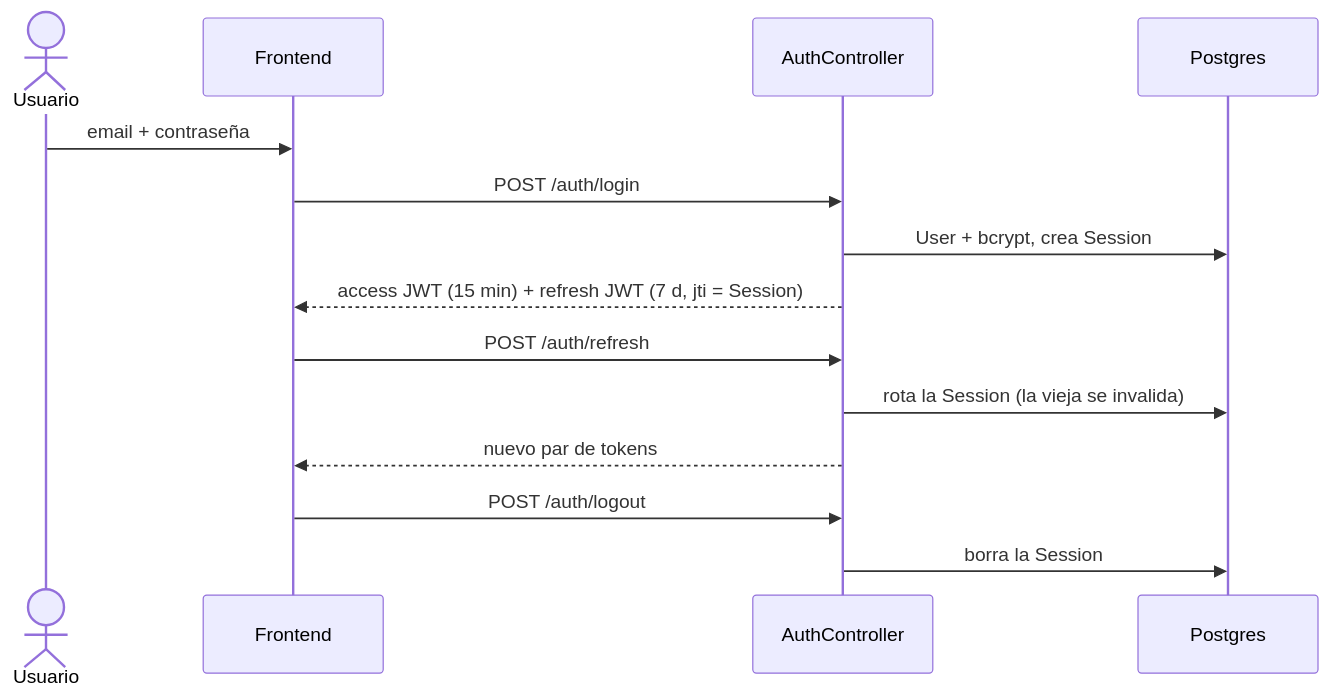
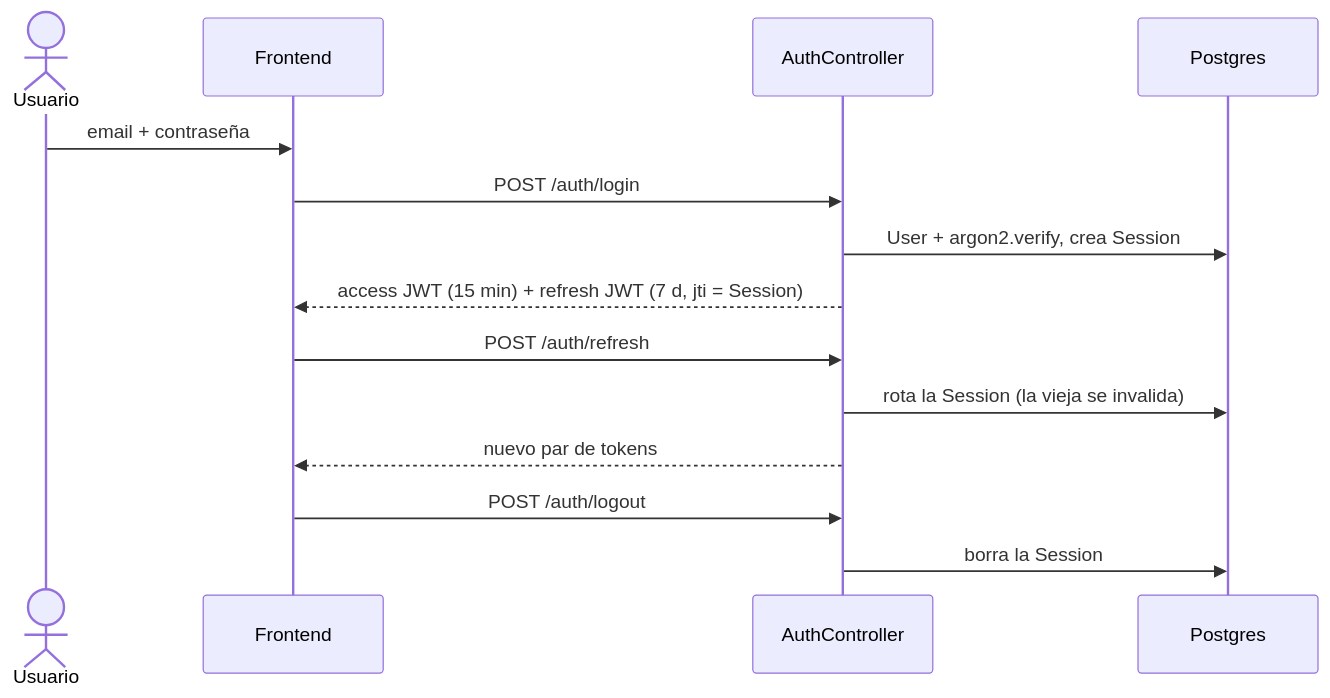
Diagram 11 of 13 in docs/diagrams.md (Klass42/ft_trascendence), drawn with Mermaid before and after one commit. The commit also changed other lines of this file and 2 other files, not shown here.

Commit message:
docs: sync diagrams/checklist with staging and add subject defense guide (#153)

````diff
--- a/docs/diagrams.md
+++ b/docs/diagrams.md
@@ -519,16 +536,16 @@
 ```mermaid
 sequenceDiagram
   actor U as Usuario
   participant F as Frontend
   participant A as AuthController
   participant DB as Postgres
   U->>F: email + contraseña
   F->>A: POST /auth/login
-  A->>DB: User + bcrypt, crea Session
+  A->>DB: User + argon2.verify, crea Session
   A-->>F: access JWT (15 min) + refresh JWT (7 d, jti = Session)
   F->>A: POST /auth/refresh
   A->>DB: rota la Session (la vieja se invalida)
   A-->>F: nuevo par de tokens
   F->>A: POST /auth/logout
   A->>DB: borra la Session
 ```
````
